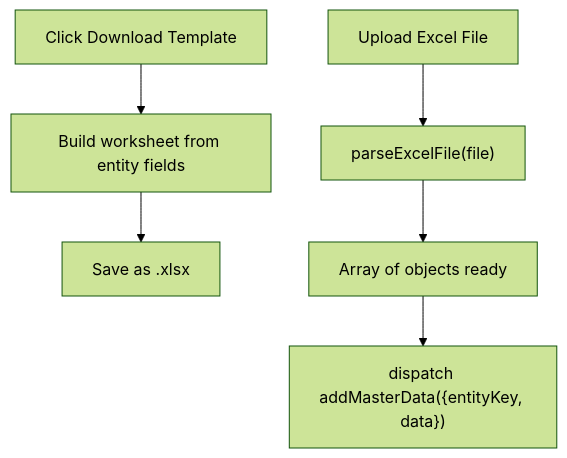
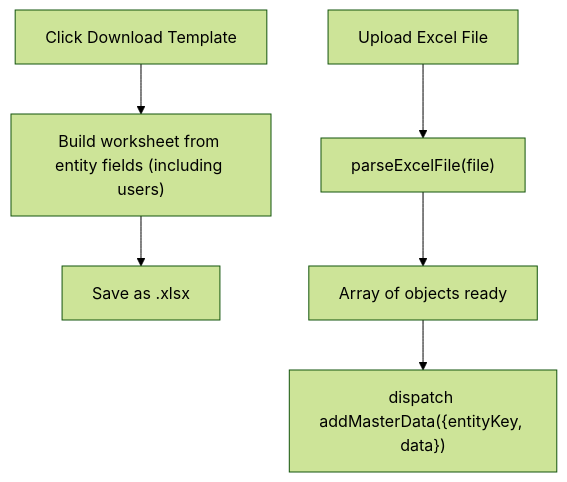
One commit to Aryan9060/Timetable-Project changed the seventh of 10 diagrams in .qoder/repowiki/en/content/Master Data Management/Master Data Management.md. Above: the diagram before and after it, drawn with Mermaid (forest theme). The commit also changed other lines of this file and 8 other files, not shown here.

````diff
--- a/.qoder/repowiki/en/content/Master Data Management/Master Data Management.md
+++ b/.qoder/repowiki/en/content/Master Data Management/Master Data Management.md
@@ -258,8 +277,8 @@
 ```mermaid
 flowchart TD
-Click["Click Download Template"] --> Build["Build worksheet from entity fields"]
+Click["Click Download Template"] --> Build["Build worksheet from entity fields (including users)"]
 Build --> Save["Save as .xlsx"]
 Upload["Upload Excel File"] --> Parse["parseExcelFile(file)"]
 Parse --> Ready["Array of objects ready"]
 Ready --> Dispatch["dispatch addMasterData({entityKey, data})"]
 ```
````
